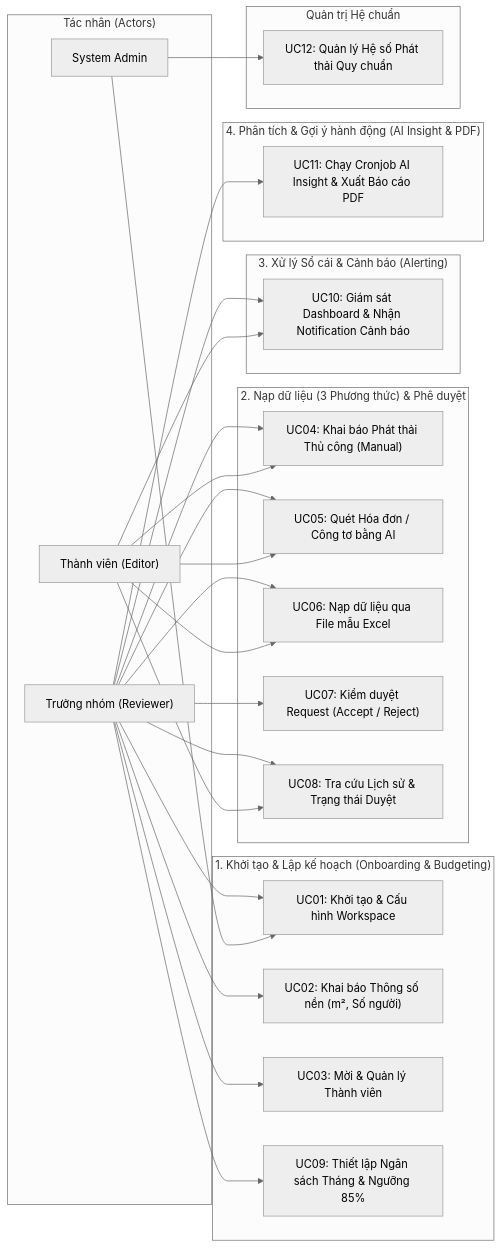
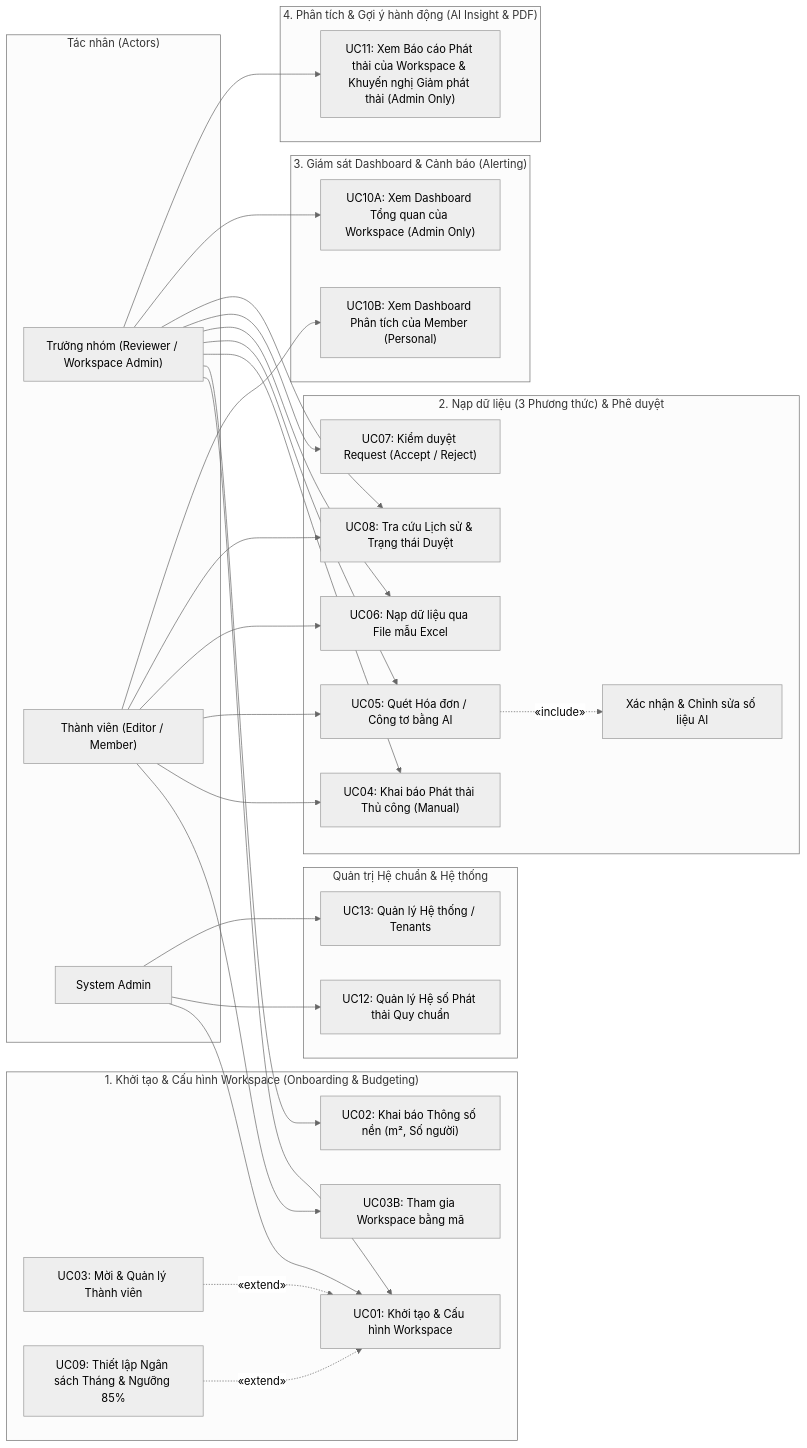
The diagram in docs/03-use-cases.md (DatTienNguyenn/PMDC-BATCH4-DATNT250), drawn with Mermaid (neutral theme) before and after one commit. The commit also changed other lines of this file and 4 other files, not shown here.

First line of the commit message:
docs(ucd): update use case diagram and permissions for admin and memb… (#9)

````diff
--- a/docs/03-use-cases.md
+++ b/docs/03-use-cases.md
@@ -29,59 +35,66 @@
 ```mermaid
 flowchart LR
     subgraph Actors["Tác nhân (Actors)"]
-        Reviewer["Trưởng nhóm (Reviewer)"]
-        Editor["Thành viên (Editor)"]
+        Reviewer["Trưởng nhóm (Reviewer / Workspace Admin)"]
+        Editor["Thành viên (Editor / Member)"]
         SysAdmin["System Admin"]
     end
 
-    subgraph Flow1Scope["1. Khởi tạo & Lập kế hoạch (Onboarding & Budgeting)"]
+    subgraph Flow1Scope["1. Khởi tạo & Cấu hình Workspace (Onboarding & Budgeting)"]
         UC01["UC01: Khởi tạo & Cấu hình Workspace"]
         UC02["UC02: Khai báo Thông số nền (m², Số người)"]
         UC03["UC03: Mời & Quản lý Thành viên"]
+        UC03B["UC03B: Tham gia Workspace bằng mã"]
         UC09["UC09: Thiết lập Ngân sách Tháng & Ngưỡng 85%"]
+        UC03 -.->|«extend»| UC01
+        UC09 -.->|«extend»| UC01
     end
 
     subgraph Flow2Scope["2. Nạp dữ liệu (3 Phương thức) & Phê duyệt"]
         UC04["UC04: Khai báo Phát thải Thủ công (Manual)"]
         UC05["UC05: Quét Hóa đơn / Công tơ bằng AI"]
         UC06["UC06: Nạp dữ liệu qua File mẫu Excel"]
+        UC05_INC["Xác nhận & Chỉnh sửa số liệu AI"]
+        UC05 -.->|«include»| UC05_INC
         UC07["UC07: Kiểm duyệt Request (Accept / Reject)"]
         UC08["UC08: Tra cứu Lịch sử & Trạng thái Duyệt"]
     end
 
-    subgraph Flow3Scope["3. Xử lý Sổ cái & Cảnh báo (Alerting)"]
-        UC10["UC10: Giám sát Dashboard & Nhận Notification Cảnh báo"]
+    subgraph Flow3Scope["3. Giám sát Dashboard & Cảnh báo (Alerting)"]
+        UC10_WS["UC10A: Xem Dashboard Tổng quan của Workspace (Admin Only)"]
+        UC10_MEM["UC10B: Xem Dashboard Phân tích của Member (Personal)"]
     end
 
     subgraph Flow4Scope["4. Phân tích & Gợi ý hành động (AI Insight & PDF)"]
-        UC11["UC11: Chạy Cronjob AI Insight & Xuất Báo cáo PDF"]
+        UC11["UC11: Xem Báo cáo Phát thải của Workspace & Khuyến nghị Giảm phát thải (Admin Only)"]
     end
 
-    subgraph SystemScope["Quản trị Hệ chuẩn"]
+    subgraph SystemScope["Quản trị Hệ chuẩn & Hệ thống"]
         UC12["UC12: Quản lý Hệ số Phát thải Quy chuẩn"]
+        UC13["UC13: Quản lý Hệ thống / Tenants"]
     end
 
     %% Reviewer
     Reviewer --> UC01
     Reviewer --> UC02
-    Reviewer --> UC03
     Reviewer --> UC04
     Reviewer --> UC05
     Reviewer --> UC06
     Reviewer --> UC07
     Reviewer --> UC08
-    Reviewer --> UC09
-    Reviewer --> UC10
+    Reviewer --> UC10_WS
     Reviewer --> UC11
 
     %% Editor
+    Editor --> UC03B
     Editor --> UC04
     Editor --> UC05
     Editor --> UC06
     Editor --> UC08
-    Editor --> UC10
+    Editor --> UC10_MEM
 
     %% System Admin
     SysAdmin --> UC01
     SysAdmin --> UC12
+    SysAdmin --> UC13
 ```
````
